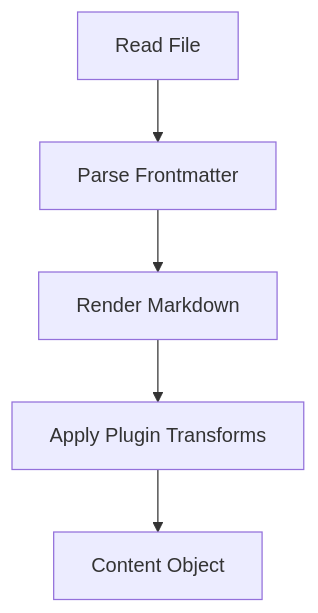
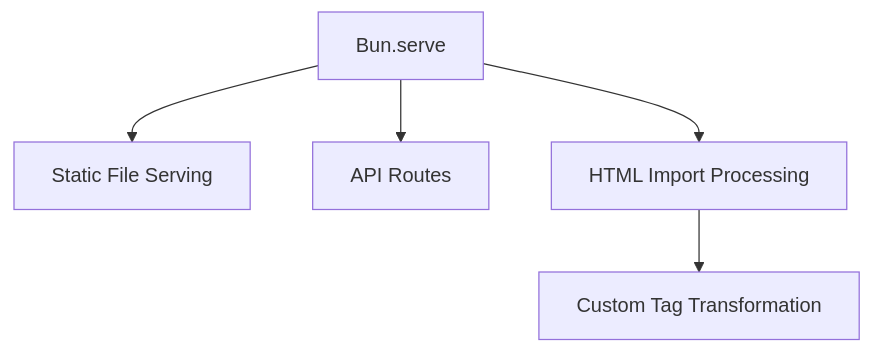
Before and after one commit to bun-press/bunpress: the fourth of 6 diagrams in memory-bank/systemPatterns.md, drawn with Mermaid. The commit also changed other lines of this file and 49 other files, not shown here.

````diff
--- a/memory-bank/systemPatterns.md
+++ b/memory-bank/systemPatterns.md
@@ -462,7 +75,7 @@
 ```mermaid
-flowchart TD
-    ReadFile[Read File] --> ParseFrontmatter[Parse Frontmatter]
-    ParseFrontmatter --> RenderMarkdown[Render Markdown]
-    RenderMarkdown --> ApplyTransforms[Apply Plugin Transforms]
-    ApplyTransforms --> OutputContent[Content Object]
+graph TD
+    A[Bun.serve] --> B[Static File Serving]
+    A --> C[API Routes]
+    A --> D[HTML Import Processing]
+    D --> E[Custom Tag Transformation]
 ```
````
